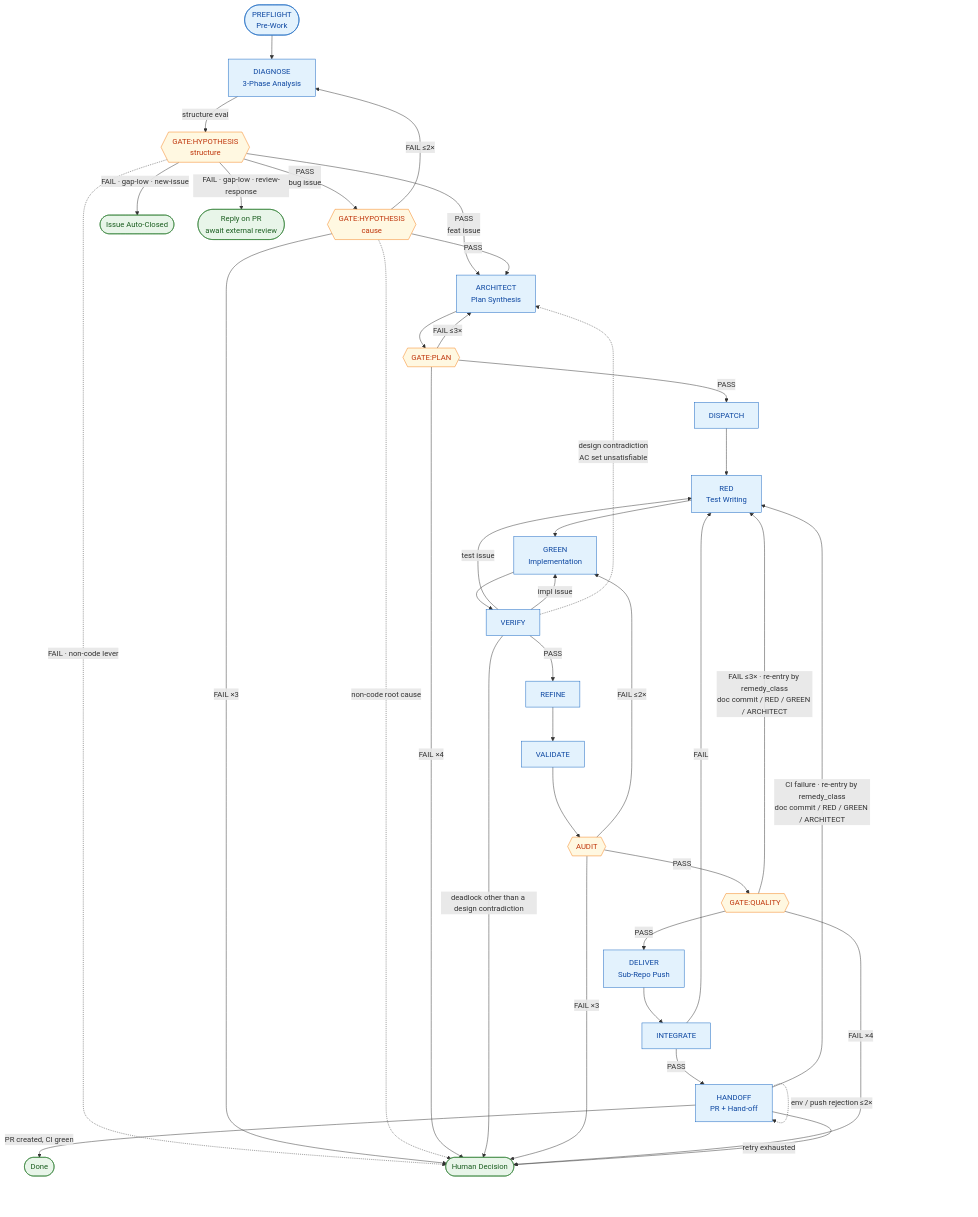
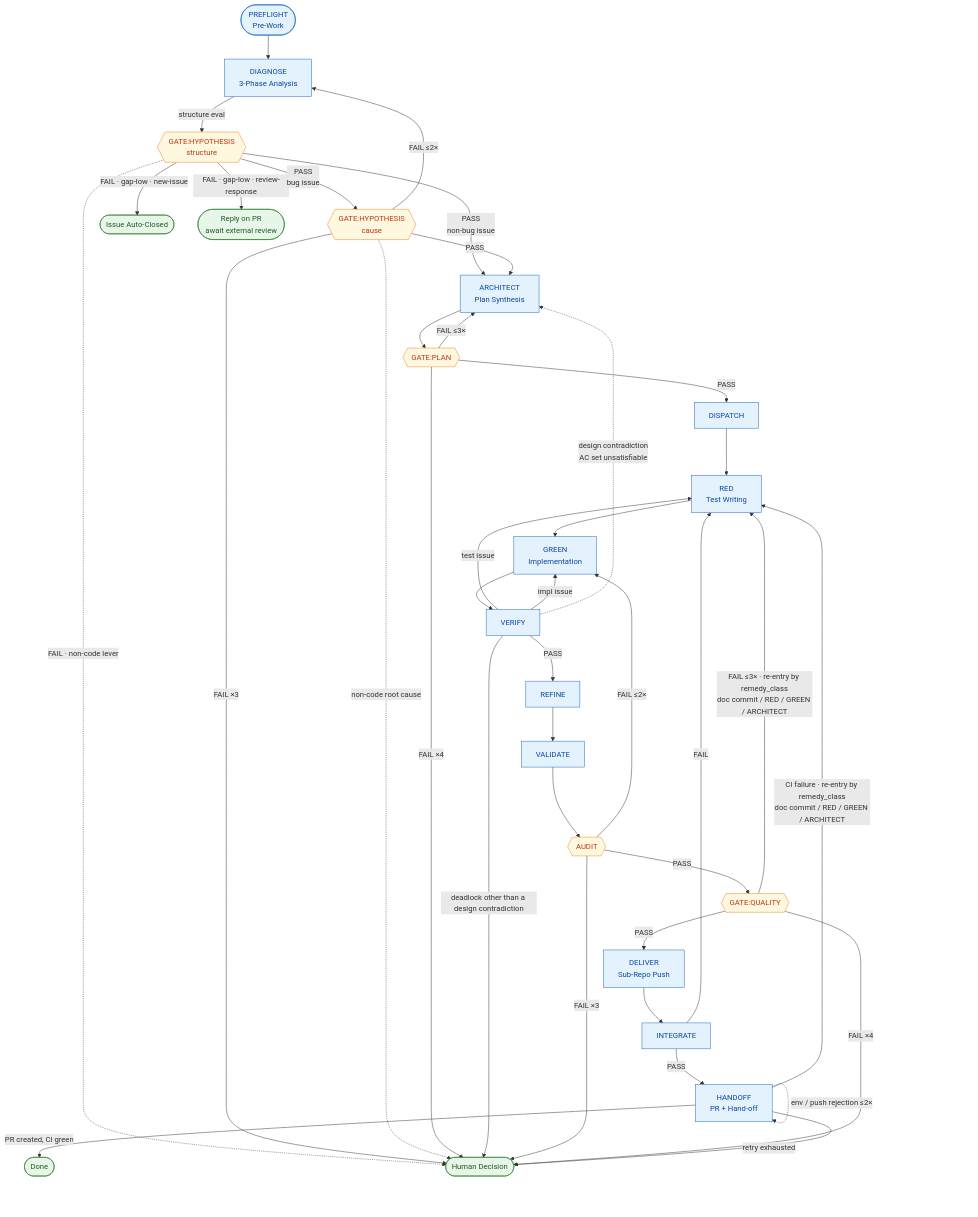
Before and after one commit to Munsik-Park/autoflow: the diagram in docs/autoflow-guide.md, drawn with Mermaid. The commit also changed 8 other files, not shown here.

First line of the commit message:
fix(#315): one non-bug verdict value, admitted by the doc and the hook validator alike

````diff
--- a/docs/autoflow-guide.md
+++ b/docs/autoflow-guide.md
@@ -55,67 +55,67 @@
 ```mermaid
 flowchart TD
     PRE([PREFLIGHT<br/>Pre-Work]):::phase
     DIA[DIAGNOSE<br/>3-Phase Analysis]:::phase
     HYPS{{GATE:HYPOTHESIS<br/>structure}}:::gate
     HYPC{{GATE:HYPOTHESIS<br/>cause}}:::gate
     ARC[ARCHITECT<br/>Plan Synthesis]:::phase
     PLAN{{GATE:PLAN}}:::gate
     DIS[DISPATCH]:::phase
     RED[RED<br/>Test Writing]:::phase
     GREEN[GREEN<br/>Implementation]:::phase
     VER[VERIFY]:::phase
     REF[REFINE]:::phase
     VAL[VALIDATE]:::phase
     AUD{{AUDIT}}:::gate
     QUAL{{GATE:QUALITY}}:::gate
     DEL[DELIVER<br/>Sub-Repo Push]:::phase
     INT[INTEGRATE]:::phase
     HAND[HANDOFF<br/>PR + Hand-off]:::phase
     CLOSE([Issue Auto-Closed]):::terminal
     REVW([Reply on PR<br/>await external review]):::terminal
     DONE([Done]):::terminal
     HUMAN([Human Decision]):::terminal
 
     PRE --> DIA
     DIA -->|structure eval| HYPS
     HYPS -->|FAIL · gap-low · new-issue| CLOSE
     HYPS -->|FAIL · gap-low · review-response| REVW
     HYPS -.->|FAIL · non-code lever| HUMAN
-    HYPS -->|PASS<br/>feat issue| ARC
+    HYPS -->|PASS<br/>non-bug issue| ARC
     HYPS -->|PASS<br/>bug issue| HYPC
     HYPC -->|PASS| ARC
     HYPC -->|FAIL ≤2×| DIA
     HYPC -->|FAIL ×3| HUMAN
     HYPC -.->|non-code root cause| HUMAN
     ARC --> PLAN
     PLAN -->|PASS| DIS
     PLAN -->|FAIL ≤3×| ARC
     PLAN -->|FAIL ×4| HUMAN
     DIS --> RED
     RED --> GREEN
     GREEN --> VER
     VER -->|test issue| RED
     VER -->|impl issue| GREEN
     VER -->|deadlock other than a design contradiction| HUMAN
     VER -.->|design contradiction<br/>AC set unsatisfiable| ARC
     VER -->|PASS| REF
     REF --> VAL
     VAL --> AUD
     AUD -->|FAIL ≤2×| GREEN
     AUD -->|FAIL ×3| HUMAN
     AUD -->|PASS| QUAL
     QUAL -->|PASS| DEL
     QUAL -->|FAIL ≤3× · re-entry by remedy_class<br/>doc commit / RED / GREEN / ARCHITECT| RED
     QUAL -->|FAIL ×4| HUMAN
     DEL --> INT
     INT -->|FAIL| RED
     INT -->|PASS| HAND
     HAND -.->|env / push rejection ≤2×| HAND
     HAND -->|CI failure · re-entry by remedy_class<br/>doc commit / RED / GREEN / ARCHITECT| RED
     HAND -->|retry exhausted| HUMAN
     HAND -->|PR created, CI green| DONE
 
     classDef phase fill:#e3f2fd,stroke:#1565c0,color:#0d47a1
     classDef gate fill:#fff8e1,stroke:#f57f17,color:#bf360c
     classDef terminal fill:#e8f5e9,stroke:#2e7d32,color:#1b5e20
 ```
````
